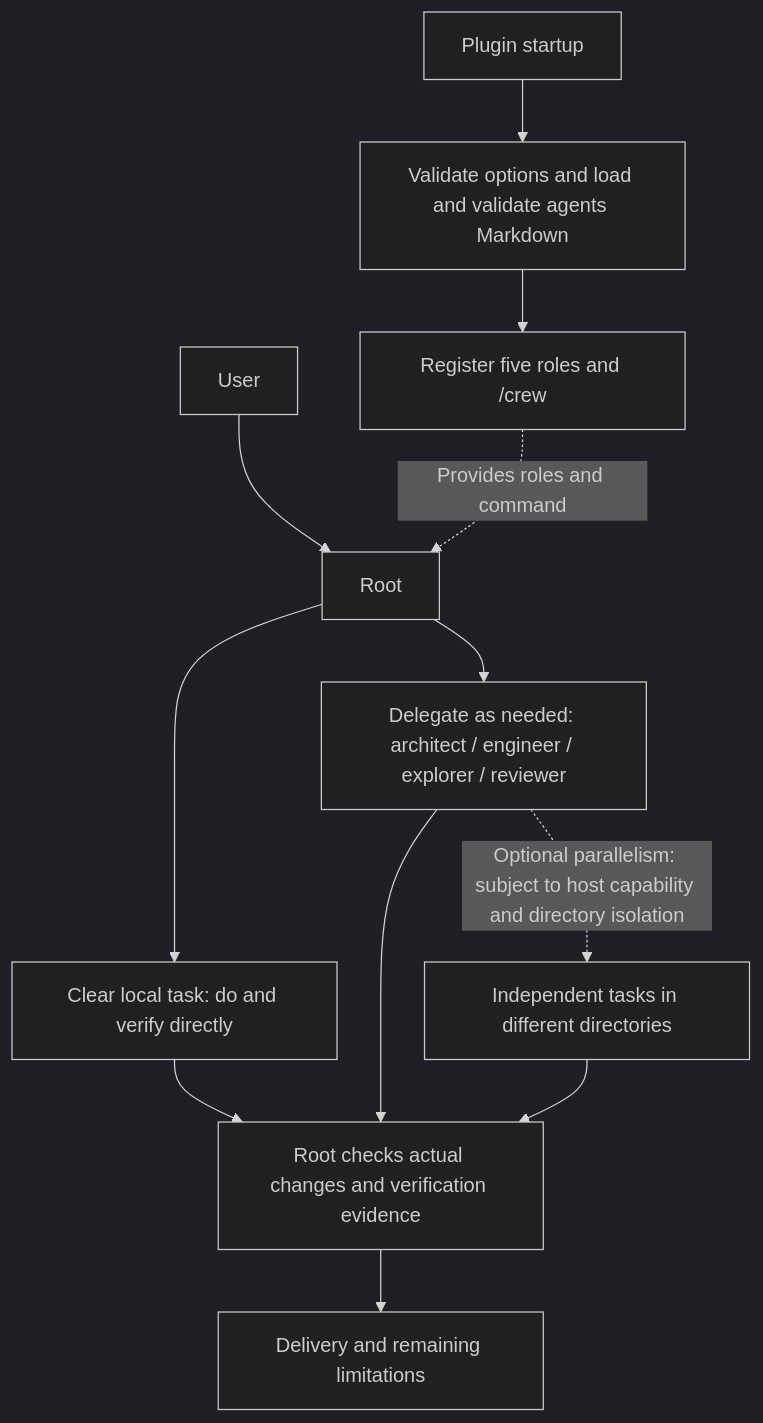
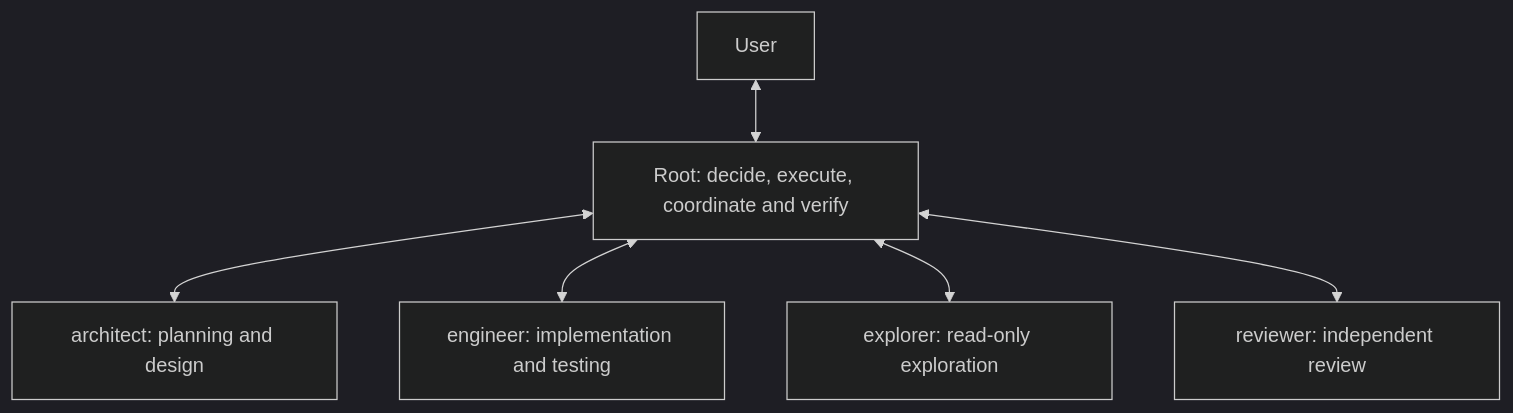
One commit to bioShaun/opencode-crew changed the diagram in README.md. Above: the diagram before and after it, drawn with Mermaid (dark theme). The commit also changed other lines of this file and 1 other file, not shown here.

Commit message:
docs: simplify role and workflow diagrams

````diff
--- a/README.md
+++ b/README.md
@@ -9,14 +9,8 @@
 ```mermaid
 flowchart TD
-    A[Plugin startup] --> B[Validate options and load and validate agents Markdown]
-    B --> C[Register five roles and /crew]
-    U[User] --> R[Root]
-    C -. Provides roles and command .-> R
-    R --> D[Clear local task: do and verify directly]
-    R --> S[Delegate as needed: architect / engineer / explorer / reviewer]
-    S -. Optional parallelism: subject to host capability and directory isolation .-> P[Independent tasks in different directories]
-    D --> V[Root checks actual changes and verification evidence]
-    S --> V
-    P --> V
-    V --> O[Delivery and remaining limitations]
+    U[User] <--> R[Root: decide, execute, coordinate and verify]
+    R <--> A[architect: planning and design]
+    R <--> E[engineer: implementation and testing]
+    R <--> X[explorer: read-only exploration]
+    R <--> V[reviewer: independent review]
 ```
````
